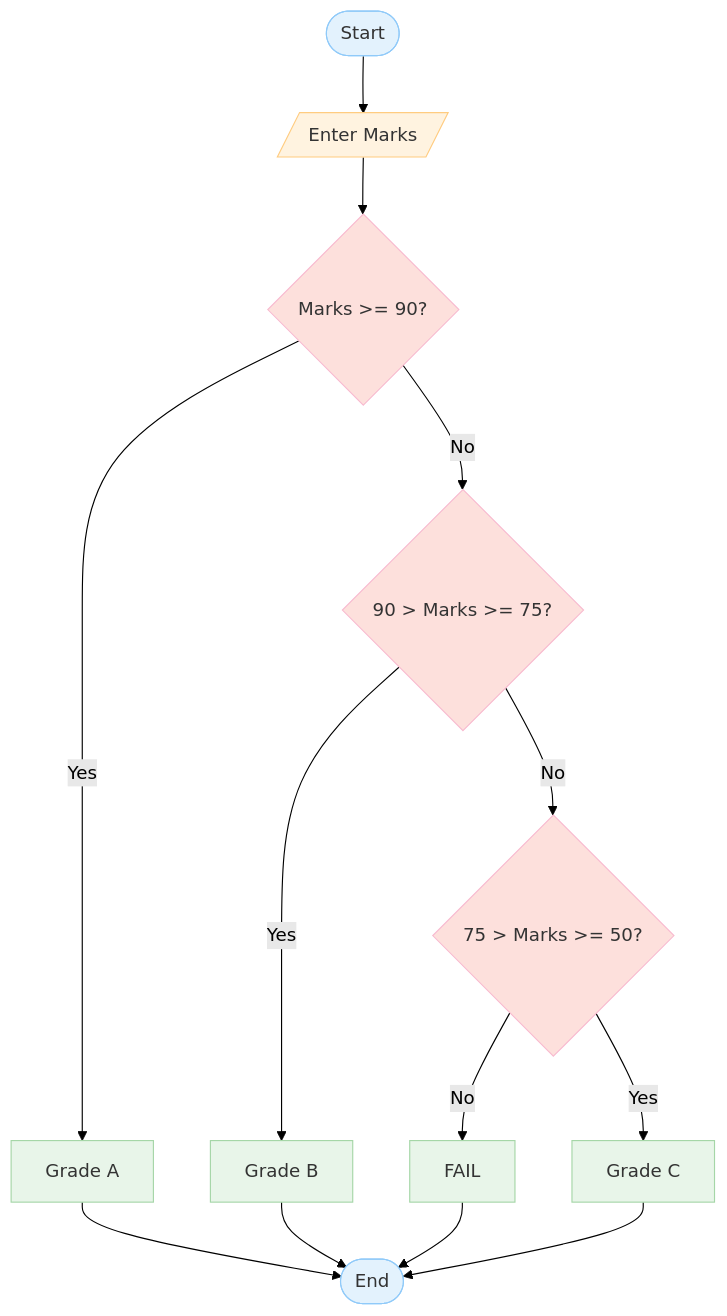
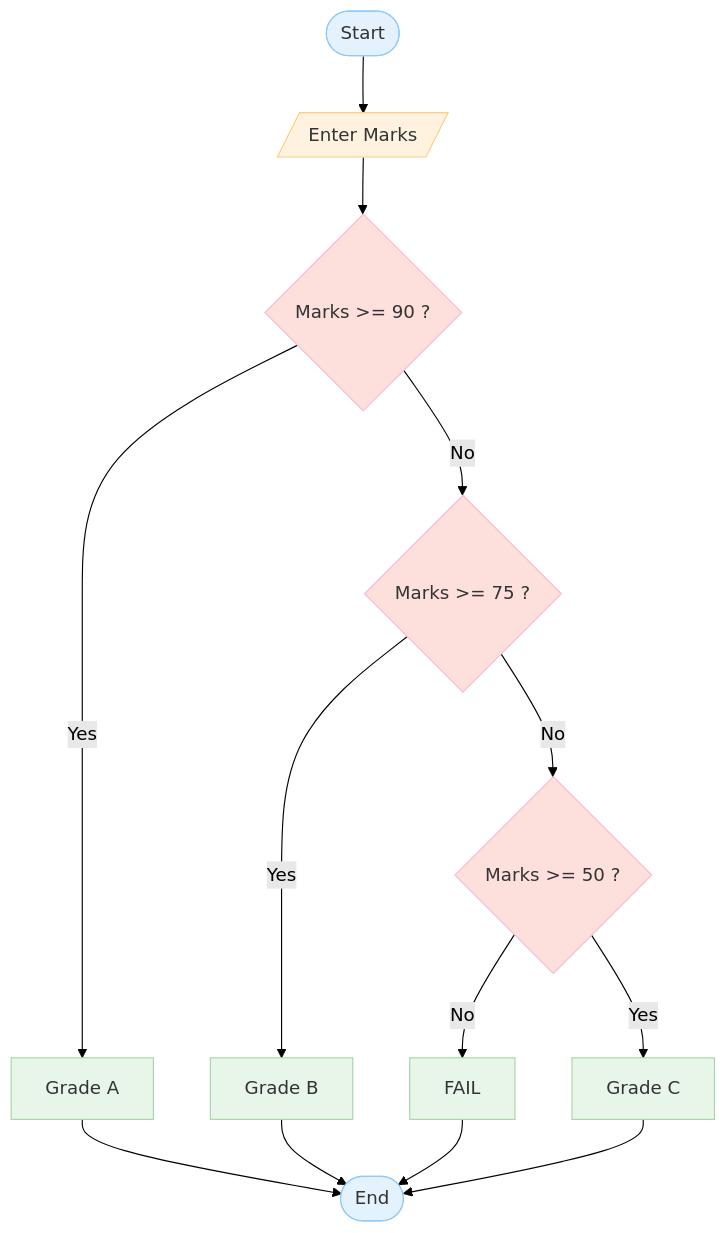
One commit to joelBIT/workshop-pseudocode-flowcharts changed the second of 9 diagrams in README.md. Above: the diagram before and after it, drawn with Mermaid (forest theme). The commit also changed other lines of this file, not shown here.

First line of the commit message:
Created flowchart and pseudocode for workshop exercise 4

````diff
--- a/README.md
+++ b/README.md
@@ -88,20 +88,20 @@
 ```mermaid
 flowchart TD
     A([Start]):::term --> B[/Enter Marks/]:::io
-    B --> C{Marks >= 90?}:::dec
-    C -- No --> D{90 > Marks >= 75?}:::dec
+    B --> C{Marks >= 90 ?}:::dec
+    C -- No --> D{Marks >= 75 ?}:::dec
     C -- Yes --> E[Grade A]:::proc
     E --> X([End]):::term
-    D -- No --> F{75 > Marks >= 50?}:::dec
+    D -- No --> F{Marks >= 50 ?}:::dec
     D -- Yes --> G[Grade B]:::proc
     G --> X([End]):::term
     F -- No --> H[FAIL]:::proc
     F -- Yes --> I[Grade C]:::proc
     H --> X([End]):::term
     I --> X([End]):::term
 
 classDef term fill:#e3f2fd,stroke:#90caf9,color:#333,stroke-width:1px;
 classDef io fill:#fff3e0,stroke:#ffcc80,color:#333,stroke-width:1px;
 classDef dec fill:#fde0dc,stroke:#f8bbd0,color:#333,stroke-width:1px;
 classDef proc fill:#e8f5e9,stroke:#a5d6a7,color:#333,stroke-width:1px;
 ```
````
